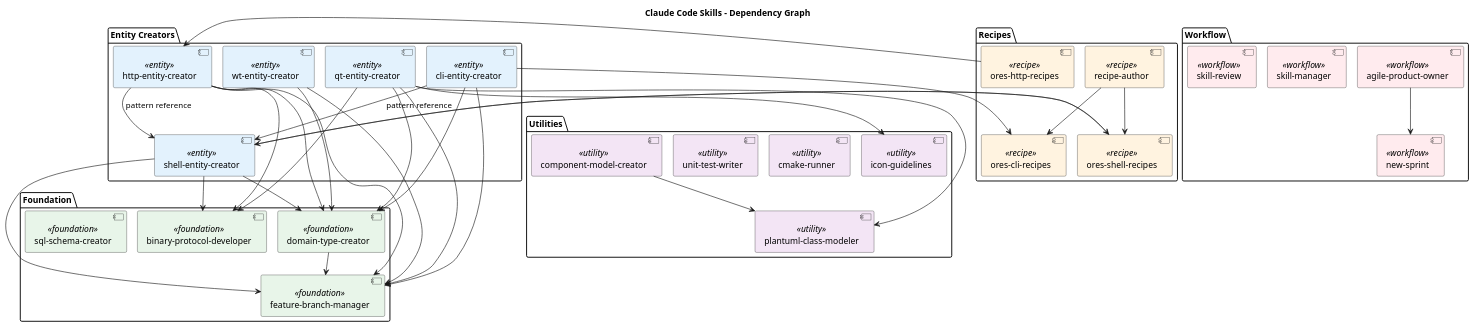
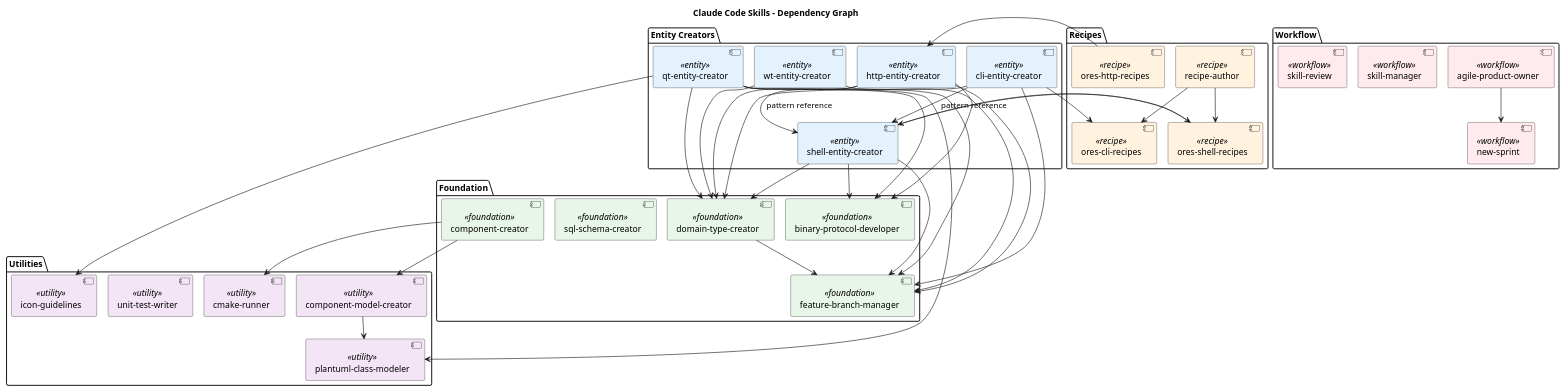
The diagram in doc/skills/modeling/skill_dependencies.puml (OreStudio/OreStudio), drawn with PlantUML before and after one commit. The commit also changed 2 other files, not shown here.

Commit message:
[doc] Add component model step to component-creator skill
- Add Step 10 to component-creator skill pointing to component-model-creator
  for creating the org-mode documentation and PlantUML diagram
- Add component-creator to skill dependencies diagram
- Add dependencies: component-creator -> component-model-creator, cmake-runner

```diff
--- a/doc/skills/modeling/skill_dependencies.puml
+++ b/doc/skills/modeling/skill_dependencies.puml
@@ -17,121 +17,124 @@
 @startuml skill_dependencies
 !pragma layout smetana
 
 title Claude Code Skills - Dependency Graph
 
 ' Styling
 skinparam component {
     BackgroundColor<<foundation>> #E8F5E9
     BackgroundColor<<entity>> #E3F2FD
     BackgroundColor<<recipe>> #FFF3E0
     BackgroundColor<<utility>> #F3E5F5
     BackgroundColor<<workflow>> #FFEBEE
 }
 
 ' =============================================================================
 ' Foundation Skills
 ' Skills that provide core functionality used by many other skills
 ' =============================================================================
 package "Foundation" {
     [domain-type-creator] <<foundation>> as dtc
     [binary-protocol-developer] <<foundation>> as bpd
     [feature-branch-manager] <<foundation>> as fbm
     [sql-schema-creator] <<foundation>> as ssc
+    [component-creator] <<foundation>> as cc
 }
 
 ' =============================================================================
 ' Entity Creator Skills
 ' Skills for creating entity support across different layers
 ' =============================================================================
 package "Entity Creators" {
     [qt-entity-creator] <<entity>> as qt
     [shell-entity-creator] <<entity>> as shell
     [http-entity-creator] <<entity>> as http
     [cli-entity-creator] <<entity>> as cli
     [wt-entity-creator] <<entity>> as wt
 }
 
 ' =============================================================================
 ' Recipe Skills
 ' Skills for maintaining executable documentation
 ' =============================================================================
 package "Recipes" {
     [recipe-author] <<recipe>> as ra
     [ores-shell-recipes] <<recipe>> as osr
     [ores-cli-recipes] <<recipe>> as ocr
     [ores-http-recipes] <<recipe>> as ohr
 }
 
 ' =============================================================================
 ' Utility Skills
 ' Supporting skills for specific tasks
 ' =============================================================================
 package "Utilities" {
     [icon-guidelines] <<utility>> as icon
     [plantuml-class-modeler] <<utility>> as puml
     [cmake-runner] <<utility>> as cmake
     [unit-test-writer] <<utility>> as utw
     [component-model-creator] <<utility>> as cmc
 }
 
 ' =============================================================================
 ' Workflow Skills
 ' Skills for development workflow and process
 ' =============================================================================
 package "Workflow" {
     [agile-product-owner] <<workflow>> as apo
     [new-sprint] <<workflow>> as ns
     [skill-manager] <<workflow>> as sm
     [skill-review] <<workflow>> as sr
 }
 
 ' =============================================================================
 ' Dependencies
 ' Arrows show "references" relationship (A --> B means A references B)
 ' =============================================================================
 
 ' Foundation internal
 dtc --> fbm
+cc --> cmc
+cc --> cmake
 
 ' Qt entity creator dependencies
 qt --> dtc
 qt --> bpd
 qt --> fbm
 qt --> icon
 qt --> puml
 
 ' Shell entity creator dependencies
 shell --> dtc
 shell --> bpd
 shell --> fbm
 shell --> osr
 
 ' HTTP entity creator dependencies
 http --> dtc
 http --> bpd
 http --> fbm
 http --> shell : "pattern reference"
 
 ' CLI entity creator dependencies
 cli --> dtc
 cli --> fbm
 cli --> ocr
 cli --> shell : "pattern reference"
 
 ' Wt entity creator dependencies
 wt --> dtc
 wt --> fbm
 
 ' Recipe skill dependencies
 ra --> osr
 ra --> ocr
 osr --> shell
 ohr --> http
 
 ' Workflow dependencies
 apo --> ns
 
 ' Utility dependencies
 cmc --> puml
 
 @enduml
```
